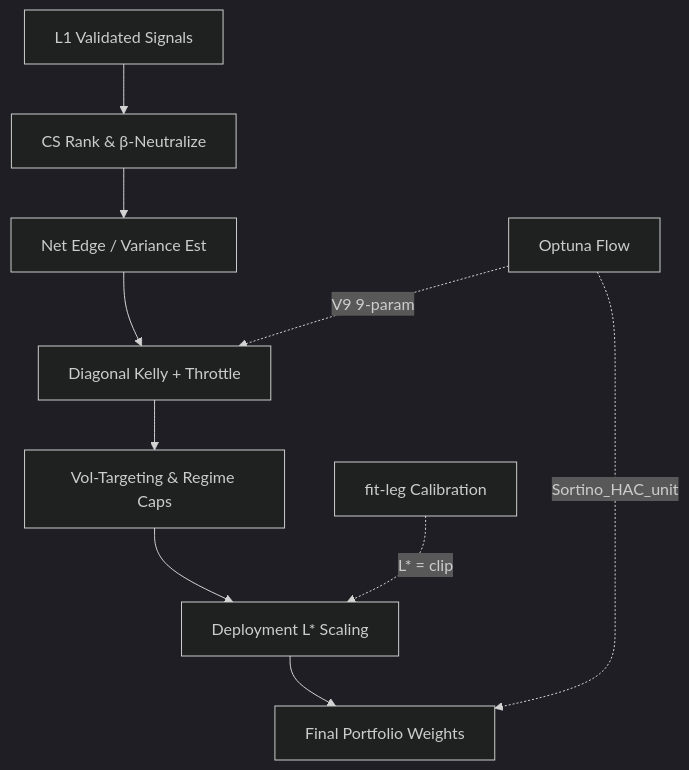
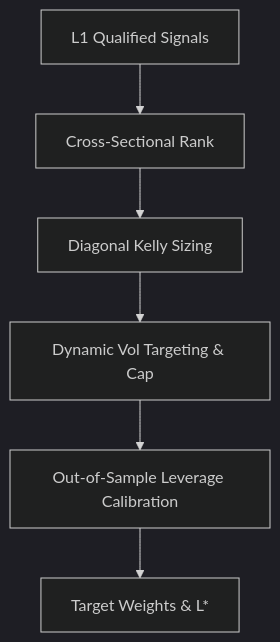
One commit to KTHYEONG/crypto-pilot changed the diagram in docs/architecture/layer2.md. Above: the diagram before and after it, drawn with Mermaid (dark theme). The commit also changed other lines of this file and 11 other files, not shown here.

````diff
--- a/docs/architecture/layer2.md
+++ b/docs/architecture/layer2.md
@@ -69,12 +65,8 @@
 ```mermaid
 graph TD
-    A[L1 Validated Signals] --> B[CS Rank & β-Neutralize]
-    B --> C[Net Edge / Variance Est]
-    C --> D[Diagonal Kelly + Throttle]
-    D --> E[Vol-Targeting & Regime Caps]
-    E --> F[Deployment L* Scaling]
-    F --> G[Final Portfolio Weights]
-    H[Optuna Flow] -.->|V9 9-param| D
-    H -.->|Sortino_HAC_unit| G
-    I[fit-leg Calibration] -.->|L* = clip| F
+    A[L1 Qualified Signals] --> B[Cross-Sectional Rank]
+    B --> C[Diagonal Kelly Sizing]
+    C --> D[Dynamic Vol Targeting & Cap]
+    D --> E[Out-of-Sample Leverage Calibration]
+    E --> F[Target Weights & L*]
 ```
````
